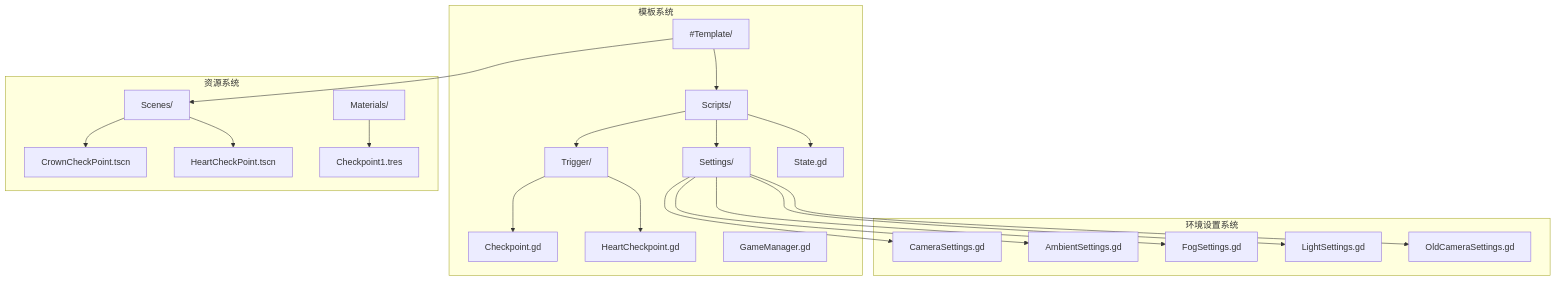
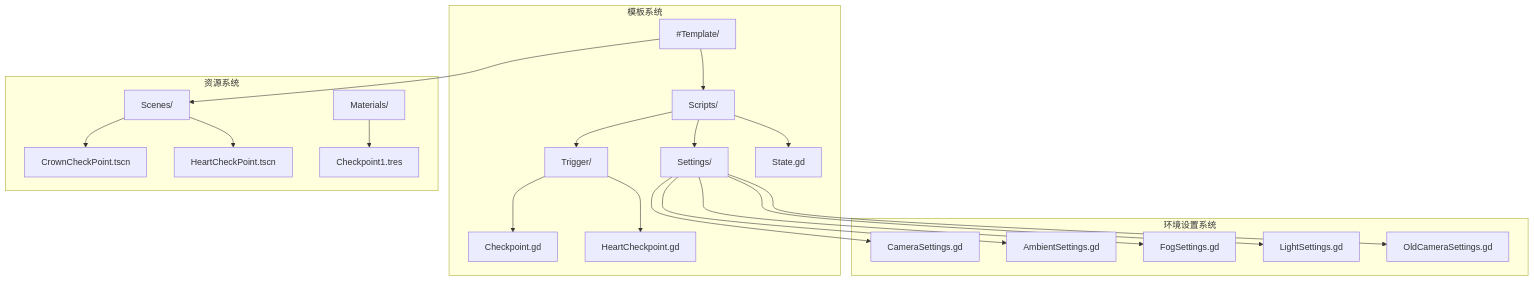
Before and after one commit to godotline/godot-line: the first of 5 diagrams in .qoder/repowiki/zh/content/游戏系统/触发器系统/检查点系统.md, drawn with Mermaid. The commit also changed other lines of this file and 18 other files, not shown here.

````diff
--- a/.qoder/repowiki/zh/content/游戏系统/触发器系统/检查点系统.md
+++ b/.qoder/repowiki/zh/content/游戏系统/触发器系统/检查点系统.md
@@ -49,42 +48,41 @@
 ```mermaid
 graph TB
 subgraph "模板系统"
 TS["#Template/"]
 Scripts["Scripts/"]
 Trigger["Trigger/"]
 Settings["Settings/"]
 Checkpoint["Checkpoint.gd"]
 HeartCheckpoint["HeartCheckpoint.gd"]
-GameManager["GameManager.gd"]
 State["State.gd"]
 end
 subgraph "环境设置系统"
 CameraSettings["CameraSettings.gd"]
 AmbientSettings["AmbientSettings.gd"]
 FogSettings["FogSettings.gd"]
 LightSettings["LightSettings.gd"]
 OldCameraSettings["OldCameraSettings.gd"]
 end
 subgraph "资源系统"
 Scenes["Scenes/"]
 CrownScene["CrownCheckPoint.tscn"]
 HeartScene["HeartCheckPoint.tscn"]
 Materials["Materials/"]
 CheckpointMat["Checkpoint1.tres"]
 end
 TS --> Scripts
 TS --> Scenes
 Scripts --> Trigger
 Scripts --> Settings
 Scripts --> State
 Trigger --> Checkpoint
 Trigger --> HeartCheckpoint
 Settings --> CameraSettings
 Settings --> AmbientSettings
 Settings --> FogSettings
 Settings --> LightSettings
 Settings --> OldCameraSettings
 Scenes --> CrownScene
 Scenes --> HeartScene
 Materials --> CheckpointMat
 ```
````
